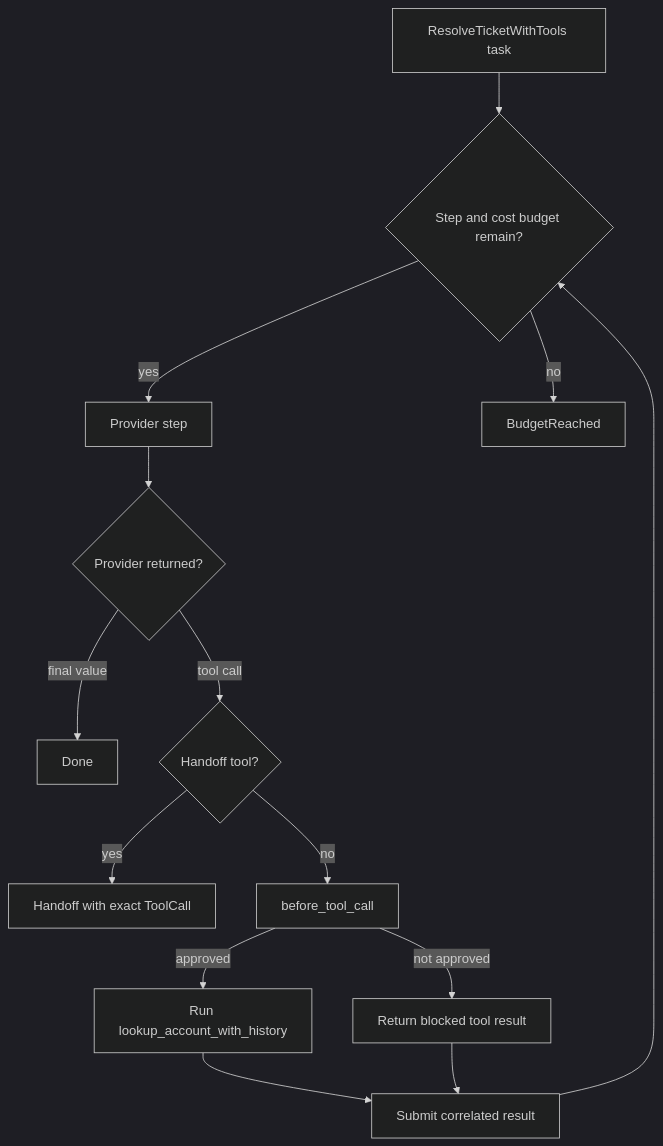
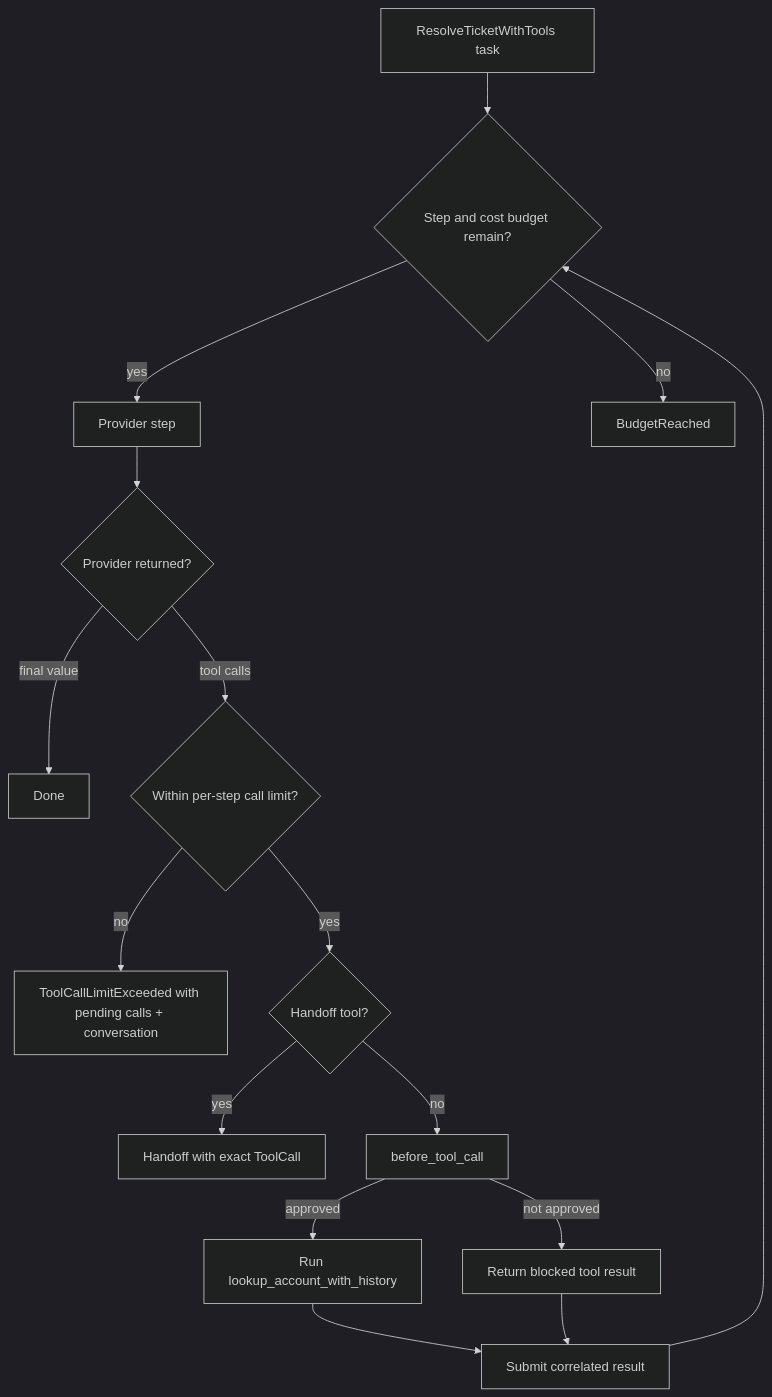
Before and after one commit to BoundaryML/baml: the diagram in baml_language/_plan/bepv4/pages/approvals-limits-and-handoffs.md, drawn with Mermaid (dark theme). The commit also changed other lines of this file and 41 other files, not shown here.

````diff
--- a/baml_language/_plan/bepv4/pages/approvals-limits-and-handoffs.md
+++ b/baml_language/_plan/bepv4/pages/approvals-limits-and-handoffs.md
@@ -79,16 +81,18 @@
 ```mermaid
 flowchart TD
   task["ResolveTicketWithTools task"] --> budget{"Step and cost budget remain?"}
   budget -->|yes| model["Provider step"]
   model --> result{"Provider returned?"}
   result -->|final value| done["Done<Resolution>"]
-  result -->|tool call| transfer{"Handoff tool?"}
+  result -->|tool calls| callLimit{"Within per-step call limit?"}
+  callLimit -->|no| limitFailure["ToolCallLimitExceeded with pending calls + conversation"]
+  callLimit -->|yes| transfer{"Handoff tool?"}
   transfer -->|yes| handoff["Handoff with exact ToolCall"]
   transfer -->|no| callback["before_tool_call"]
   callback -->|approved| history["Run lookup_account_with_history"]
   callback -->|not approved| blocked["Return blocked tool result"]
   history --> submit["Submit correlated result"]
   blocked --> submit
   submit --> budget
   budget -->|no| stopped["BudgetReached"]
 ```
````
